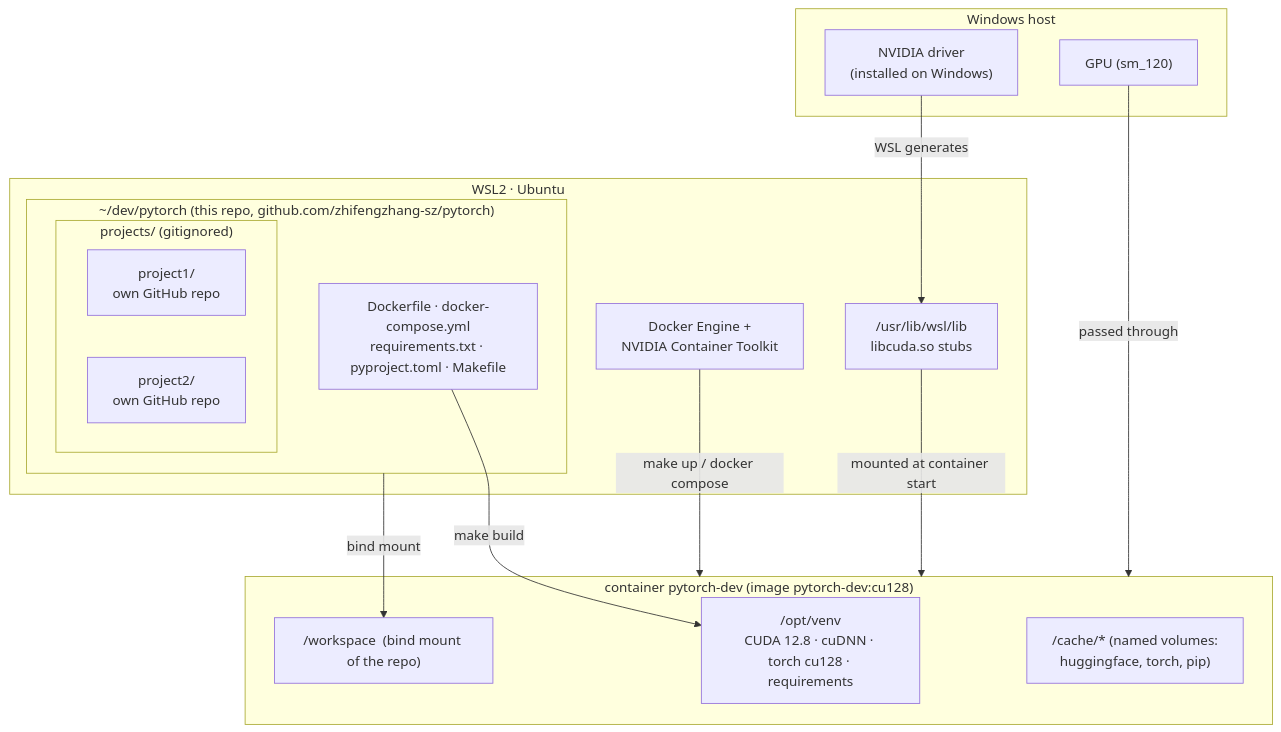
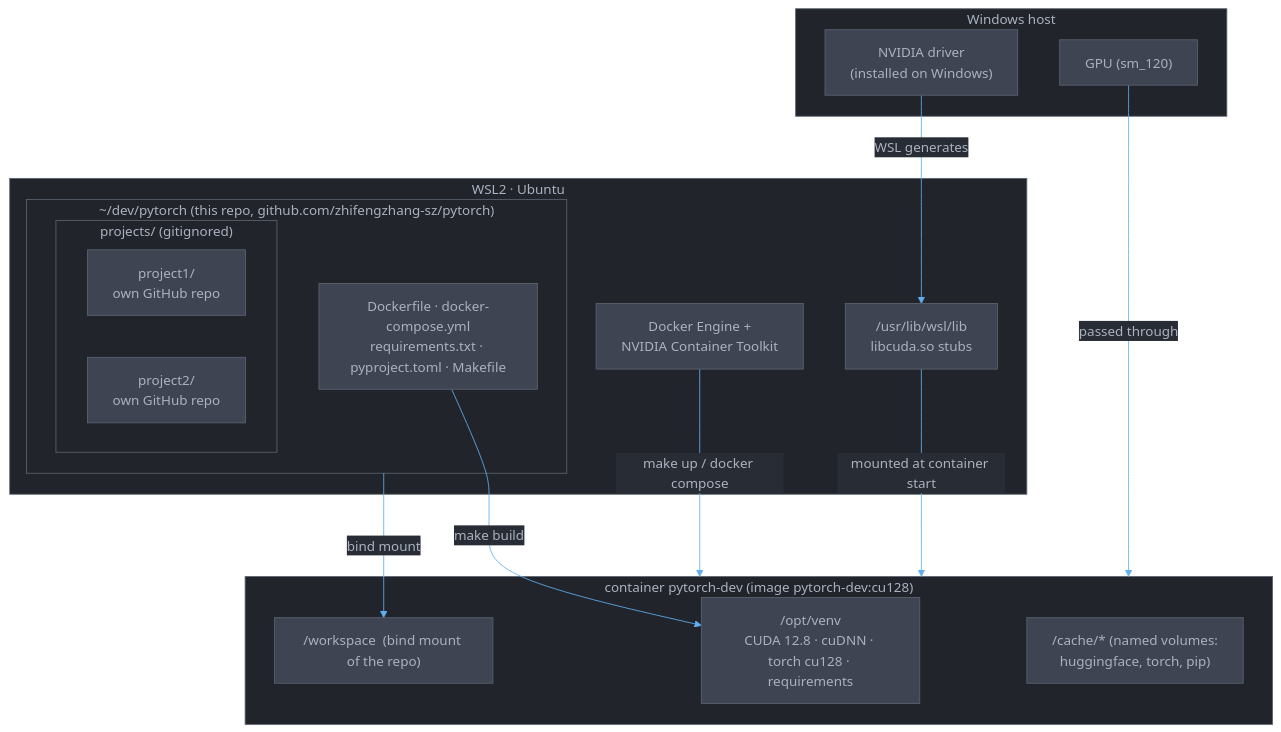
Before and after one commit to zhifengzhang-sz/pytorch: the first of 2 diagrams in README.md, drawn with Mermaid. The commit also changed other lines of this file, not shown here.

Commit message:
README: theme Mermaid diagrams to match atom-dark

````diff
--- a/README.md
+++ b/README.md
@@ -22,32 +22,33 @@
 ```mermaid
+%%{init: {'theme': 'base', 'themeVariables': {'darkMode': true, 'background': '#282c34', 'primaryColor': '#3e4451', 'primaryTextColor': '#abb2bf', 'primaryBorderColor': '#5c6370', 'secondaryColor': '#2c313a', 'tertiaryColor': '#2c313a', 'lineColor': '#61afef', 'textColor': '#abb2bf', 'titleColor': '#abb2bf', 'clusterBkg': '#21252b', 'clusterBorder': '#5c6370', 'edgeLabelBackground': '#282c34', 'fontFamily': 'Menlo, Consolas, monospace'}}}%%
 flowchart TB
     subgraph win["Windows host"]
         drv["NVIDIA driver<br/>(installed on Windows)"]
         gpu["GPU (sm_120)"]
     end
 
     subgraph wsl["WSL2 · Ubuntu"]
         stubs["/usr/lib/wsl/lib<br/>libcuda.so stubs"]
         docker["Docker Engine +<br/>NVIDIA Container Toolkit"]
         subgraph repo["~/dev/pytorch  (this repo, github.com/zhifengzhang-sz/pytorch)"]
             envfiles["Dockerfile · docker-compose.yml<br/>requirements.txt · pyproject.toml · Makefile"]
             subgraph projects["projects/  (gitignored)"]
                 p1["project1/<br/>own GitHub repo"]
                 p2["project2/<br/>own GitHub repo"]
             end
         end
     end
 
     subgraph ctr["container  pytorch-dev  (image pytorch-dev:cu128)"]
         venv["/opt/venv<br/>CUDA 12.8 · cuDNN · torch cu128 · requirements"]
         ws["/workspace  (bind mount of the repo)"]
         cache["/cache/*  (named volumes:<br/>huggingface, torch, pip)"]
     end
 
     drv -- "WSL generates" --> stubs
     stubs -- "mounted at container start" --> ctr
     gpu -- "passed through" --> ctr
     envfiles -- "make build" --> venv
     repo -- "bind mount" --> ws
     docker -- "make up / docker compose" --> ctr
 ```
````
